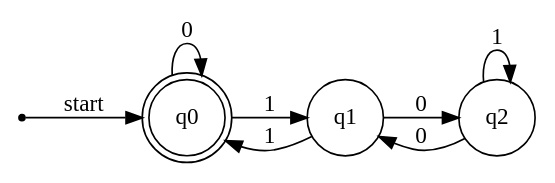
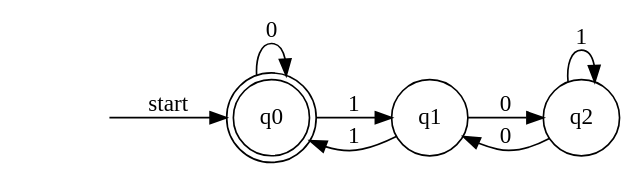
Before and after one commit to x06lan/mdbook: the first of 9 diagrams in src/math/formal-language/hw1.md, drawn with Graphviz. The commit also changed other lines of this file and 6 other files, not shown here.

````diff
--- a/src/math/formal-language/hw1.md
+++ b/src/math/formal-language/hw1.md
@@ -6,18 +7,19 @@
 ```graphviz
 digraph finite_state_machine {
     rankdir=LR;
     size="8,5"
 
     node [shape = doublecircle]; q0
-    node [shape = point ]; s
-    
+    node [shape=plaintext] s;
+    s [label=""];
+
     node [shape = circle];
     s  -> q0 [ label = "start" ];
     q0 -> q0 [ label = "0" ];
     q0 -> q1 [ label = "1" ];
     q1 -> q2 [ label = "0" ];
     q2 -> q2 [ label = "1" ];
     q2 -> q1 [ label = "0" ];
     q1 -> q0 [ label = "1" ];
 }
 ```
````
